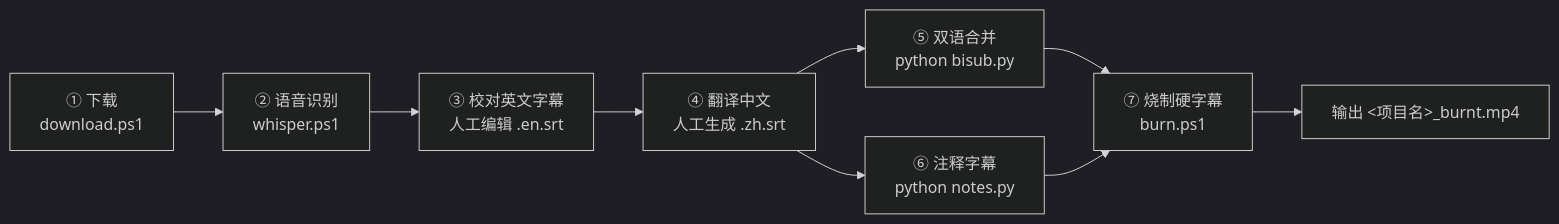
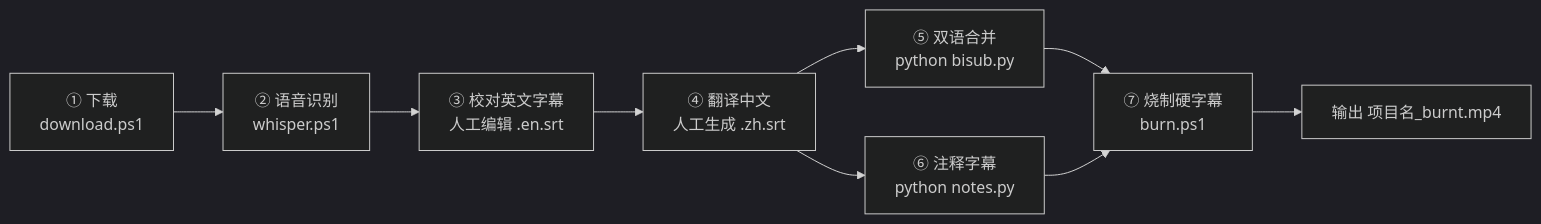
Before and after one commit to Jiahang-Yang/VideoSub: the diagram in README.md, drawn with Mermaid (dark theme).

Commit message:
Second Strike

````diff
--- a/README.md
+++ b/README.md
@@ -11,11 +11,11 @@
 ```mermaid
 flowchart LR
     A["① 下载<br/>download.ps1"] --> B["② 语音识别<br/>whisper.ps1"]
     B --> C["③ 校对英文字幕<br/>人工编辑 .en.srt"]
     C --> D["④ 翻译中文<br/>人工生成 .zh.srt"]
     D --> E["⑤ 双语合并<br/>python bisub.py"]
     D --> F["⑥ 注释字幕<br/>python notes.py"]
     E --> G["⑦ 烧制硬字幕<br/>burn.ps1"]
     F --> G
-    G --> H["输出 <项目名>_burnt.mp4"]
+    G --> H["输出 项目名_burnt.mp4"]
 ```
````
